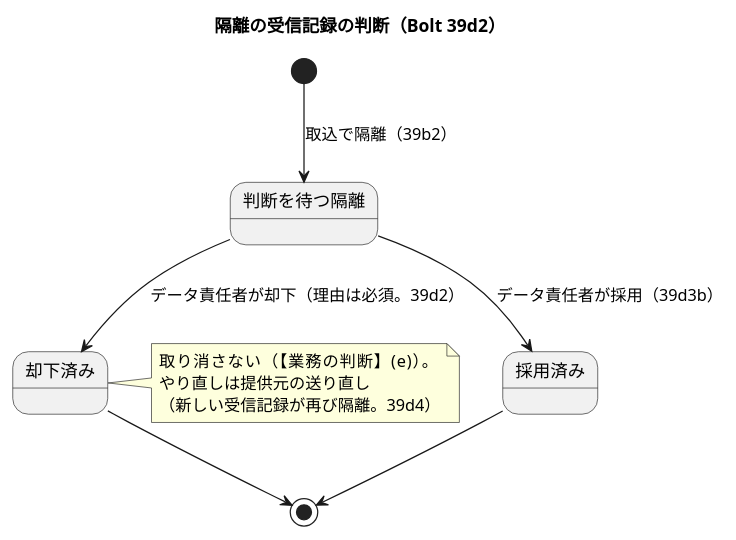
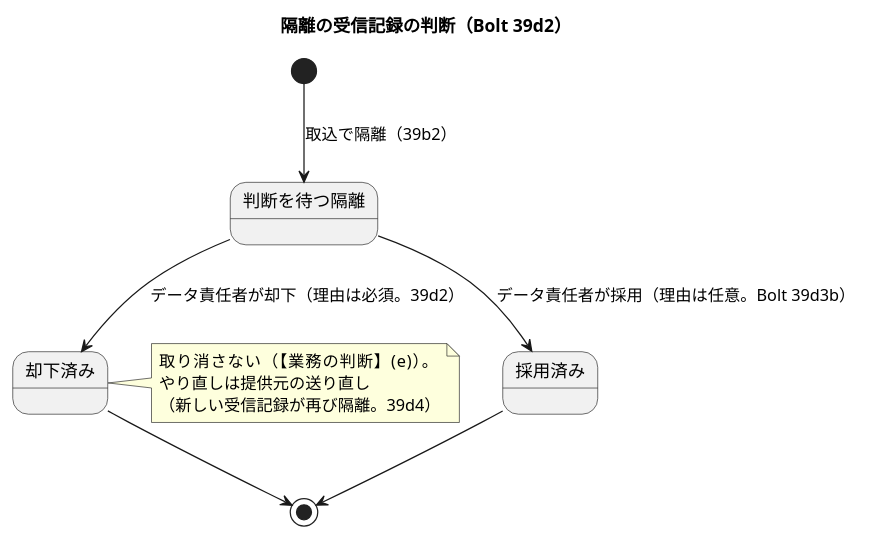
Before and after one commit to k2works/practical-domain-driven-design-in-enterpris-application: diagram 21 of 24 in docs/design/cargo-tracker/domain_model.md, drawn with PlantUML. The commit also changed other lines of this file and 9 other files, not shown here.

````diff
--- a/docs/design/cargo-tracker/domain_model.md
+++ b/docs/design/cargo-tracker/domain_model.md
@@ -1534,15 +1536,15 @@
 ```plantuml
 @startuml
 title 隔離の受信記録の判断（Bolt 39d2）
 [*] --> 判断を待つ隔離 : 取込で隔離（39b2）
 判断を待つ隔離 --> 却下済み : データ責任者が却下（理由は必須。39d2）
-判断を待つ隔離 --> 採用済み : データ責任者が採用（39d3b）
+判断を待つ隔離 --> 採用済み : データ責任者が採用（理由は任意。Bolt 39d3b）
 却下済み --> [*]
 採用済み --> [*]
 note right of 却下済み
   取り消さない（【業務の判断】(e)）。
   やり直しは提供元の送り直し
   （新しい受信記録が再び隔離。39d4）
 end note
 @enduml
 ```
````
